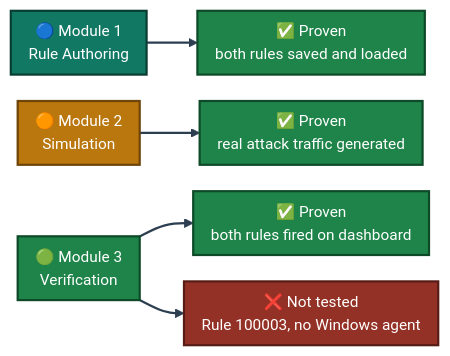
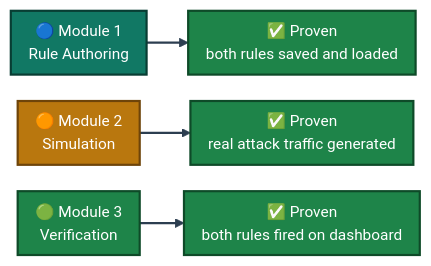
The third of 4 diagrams in 3-Advanced-Cyber-Projects/project-06-ssh-bruteforce-detection-lab/README.md (malaika-azhar/Cybersecurity-Lab-Projects), drawn with Mermaid before and after one commit. The commit also changed other lines of this file, not shown here.

````diff
--- a/3-Advanced-Cyber-Projects/project-06-ssh-bruteforce-detection-lab/README.md
+++ b/3-Advanced-Cyber-Projects/project-06-ssh-bruteforce-detection-lab/README.md
@@ -260,14 +265,13 @@
 ```mermaid
 %%{init: {'theme': 'base', 'themeVariables': {'fontSize': '14px'}, 'flowchart': {'nodeSpacing': 24, 'rankSpacing': 34, 'padding': 8}}}%%
 flowchart LR
     M1["🔵 Module 1<br/>Rule Authoring"]:::m1 --> P1["✅ Proven<br/>both rules saved and loaded"]:::ok
     M2["🟠 Module 2<br/>Simulation"]:::m2 --> P2["✅ Proven<br/>real attack traffic generated"]:::ok
     M3["🟢 Module 3<br/>Verification"]:::m3 --> P3["✅ Proven<br/>both rules fired on dashboard"]:::ok
-    M3 --> N3["❌ Not tested<br/>Rule 100003, no Windows agent"]:::bad
     classDef m1 fill:#117864,stroke:#083D33,stroke-width:2px,color:#FFFFFF
     classDef m2 fill:#B9770E,stroke:#6E4409,stroke-width:2px,color:#FFFFFF
     classDef m3 fill:#1E8449,stroke:#0E4A28,stroke-width:2px,color:#FFFFFF
     classDef ok fill:#1E8449,stroke:#0E4A28,stroke-width:2px,color:#FFFFFF
     classDef bad fill:#943126,stroke:#571C16,stroke-width:2px,color:#FFFFFF
     linkStyle default stroke:#2C3E50,stroke-width:2px
 ```
````
